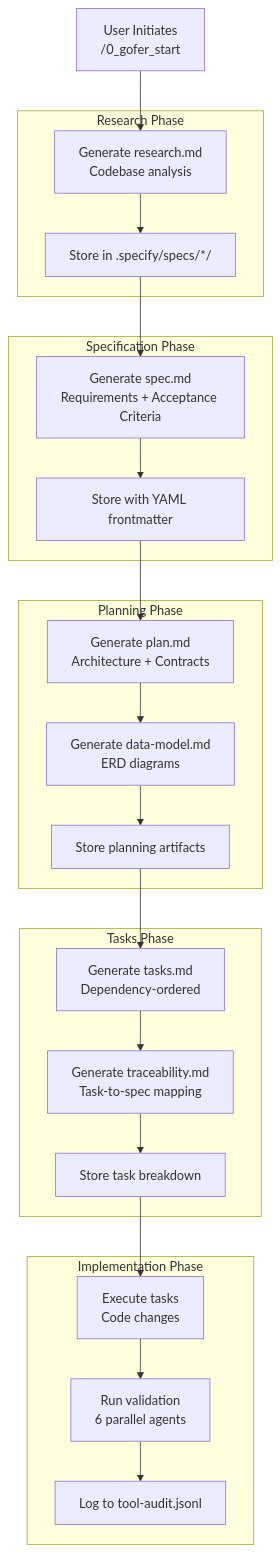
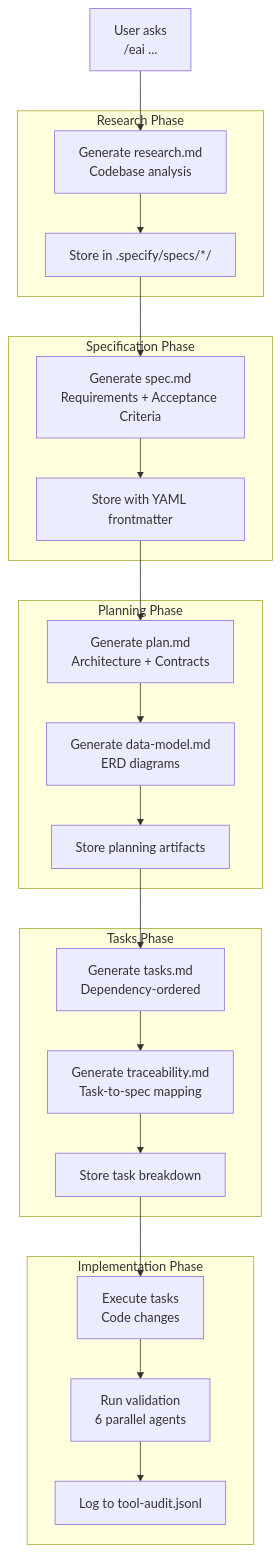
One commit to eai-support/eai-gofer changed the fifth of 6 diagrams in .tech-docs/architecture.md. Above: the diagram before and after it, drawn with Mermaid. The commit also changed other lines of this file and 13 other files, not shown here.

First line of the commit message:
docs: clarify eai as single gofer entrypoint

````diff
--- a/.tech-docs/architecture.md
+++ b/.tech-docs/architecture.md
@@ -222,46 +222,46 @@
 ```mermaid
 flowchart TB
-    Start["User Initiates<br/>/0_gofer_start"]
+    Start["User asks<br/>/eai ..."]
 
     subgraph "Research Phase"
         Research["Generate research.md<br/>Codebase analysis"]
         ResearchStore["Store in .specify/specs/*/"]
     end
 
     subgraph "Specification Phase"
         Specify["Generate spec.md<br/>Requirements + Acceptance Criteria"]
         SpecStore["Store with YAML frontmatter"]
     end
 
     subgraph "Planning Phase"
         Plan["Generate plan.md<br/>Architecture + Contracts"]
         DataModel["Generate data-model.md<br/>ERD diagrams"]
         PlanStore["Store planning artifacts"]
     end
 
     subgraph "Tasks Phase"
         Tasks["Generate tasks.md<br/>Dependency-ordered"]
         Traceability["Generate traceability.md<br/>Task-to-spec mapping"]
         TaskStore["Store task breakdown"]
     end
 
     subgraph "Implementation Phase"
         Execute["Execute tasks<br/>Code changes"]
         Validate["Run validation<br/>6 parallel agents"]
         AuditLog["Log to tool-audit.jsonl"]
     end
 
     Start --> Research
     Research --> ResearchStore
     ResearchStore --> Specify
     Specify --> SpecStore
     SpecStore --> Plan
     Plan --> DataModel
     DataModel --> PlanStore
     PlanStore --> Tasks
     Tasks --> Traceability
     Traceability --> TaskStore
     TaskStore --> Execute
     Execute --> Validate
     Validate --> AuditLog
 ```
````
